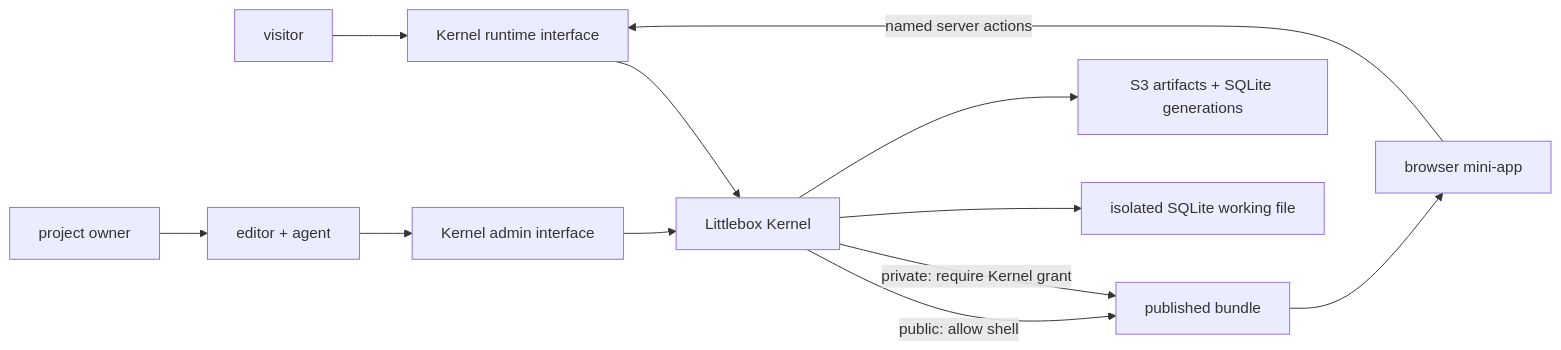
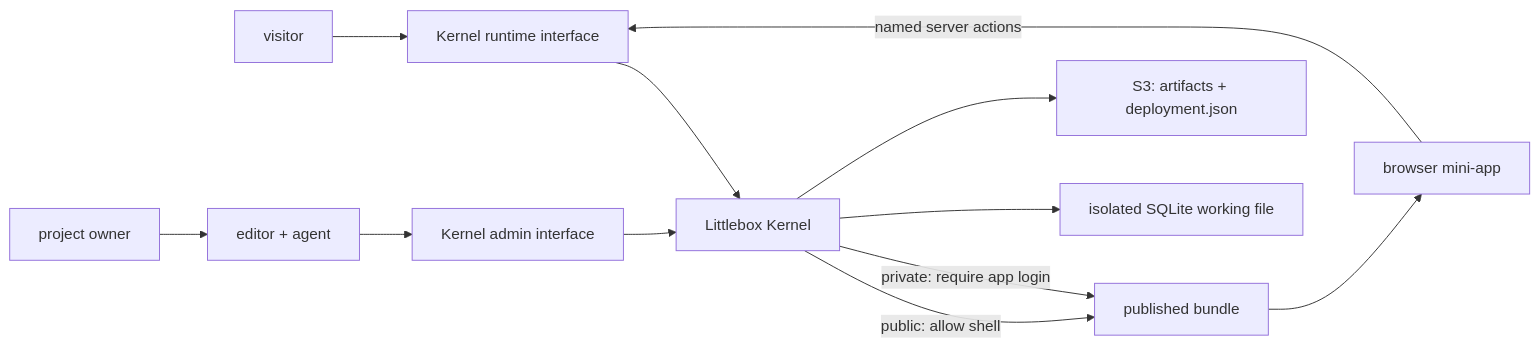
One commit to danibram/konae changed the second of 2 diagrams in docs/architecture.md. Above: the diagram before and after it, drawn with Mermaid. The commit also changed other lines of this file and 197 other files, not shown here.

````diff
--- a/docs/architecture.md
+++ b/docs/architecture.md
@@ -44,14 +43,14 @@
 ```mermaid
 flowchart LR
   V["visitor"] --> RI["Kernel runtime interface"]
   RI --> K["Littlebox Kernel"]
   K -->|"public: allow shell"| C["published bundle"]
-  K -->|"private: require Kernel grant"| C
+  K -->|"private: require app login"| C
   C --> B["browser mini-app"]
   B -->|"named server actions"| RI
   K --> DB["isolated SQLite working file"]
-  K --> S3["S3 artifacts + SQLite generations"]
+  K --> S3["S3: artifacts + deployment.json"]
   O["project owner"] --> E["editor + agent"]
   E --> AI["Kernel admin interface"]
   AI --> K
 ```
````
